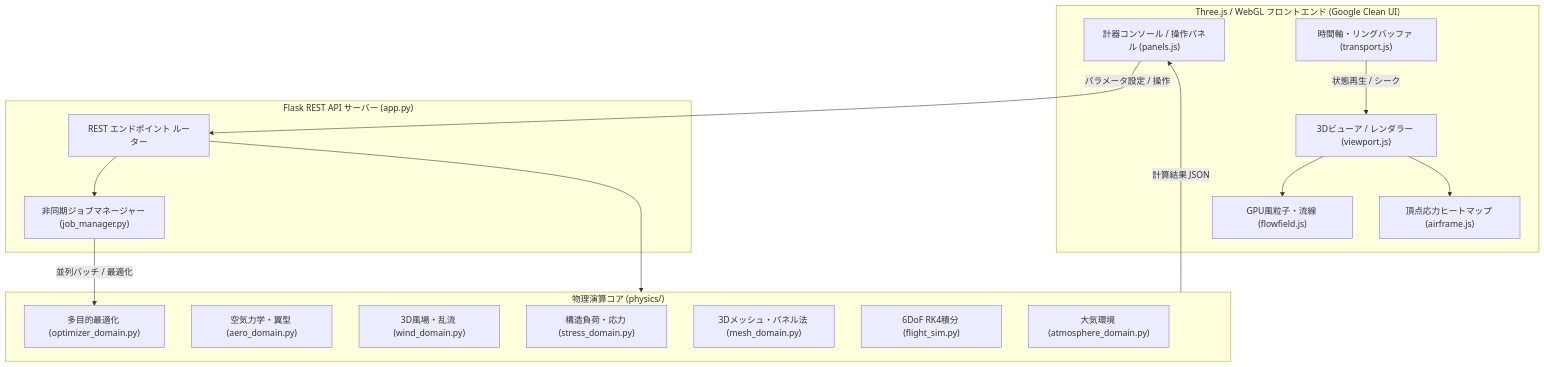
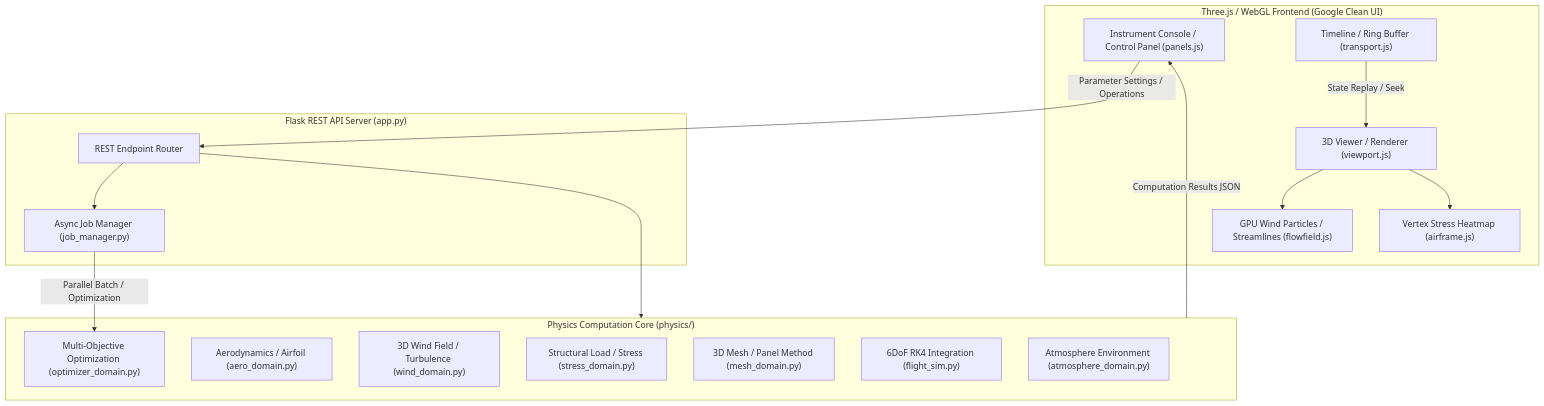
The diagram in docs/architecture.md (minetan1229/air_simulation), drawn with Mermaid before and after one commit. The commit also changed other lines of this file and 30 other files, not shown here.

````diff
--- a/docs/architecture.md
+++ b/docs/architecture.md
@@ -11,34 +11,34 @@
 ```mermaid
 flowchart TD
-    subgraph Frontend["Three.js / WebGL フロントエンド (Google Clean UI)"]
-        UI["計器コンソール / 操作パネル (panels.js)"]
-        Canvas["3Dビューア / レンダラー (viewport.js)"]
-        Streamlines["GPU風粒子・流線 (flowfield.js)"]
-        StressVis["頂点応力ヒートマップ (airframe.js)"]
-        Timeline["時間軸・リングバッファ (transport.js)"]
+    subgraph Frontend["Three.js / WebGL Frontend (Google Clean UI)"]
+        UI["Instrument Console / Control Panel (panels.js)"]
+        Canvas["3D Viewer / Renderer (viewport.js)"]
+        Streamlines["GPU Wind Particles / Streamlines (flowfield.js)"]
+        StressVis["Vertex Stress Heatmap (airframe.js)"]
+        Timeline["Timeline / Ring Buffer (transport.js)"]
     end
 
-    subgraph Backend["Flask REST API サーバー (app.py)"]
-        Router["REST エンドポイント ルーター"]
-        JobMgr["非同期ジョブマネージャー (job_manager.py)"]
+    subgraph Backend["Flask REST API Server (app.py)"]
+        Router["REST Endpoint Router"]
+        JobMgr["Async Job Manager (job_manager.py)"]
     end
 
-    subgraph PhysicsCore["物理演算コア (physics/)"]
-        Atmo["大気環境 (atmosphere_domain.py)"]
-        Aero["空気力学・翼型 (aero_domain.py)"]
-        Wind["3D風場・乱流 (wind_domain.py)"]
-        Stress["構造負荷・応力 (stress_domain.py)"]
-        Mesh["3Dメッシュ・パネル法 (mesh_domain.py)"]
-        FlightSim["6DoF RK4積分 (flight_sim.py)"]
-        Opt["多目的最適化 (optimizer_domain.py)"]
+    subgraph PhysicsCore["Physics Computation Core (physics/)"]
+        Atmo["Atmosphere Environment (atmosphere_domain.py)"]
+        Aero["Aerodynamics / Airfoil (aero_domain.py)"]
+        Wind["3D Wind Field / Turbulence (wind_domain.py)"]
+        Stress["Structural Load / Stress (stress_domain.py)"]
+        Mesh["3D Mesh / Panel Method (mesh_domain.py)"]
+        FlightSim["6DoF RK4 Integration (flight_sim.py)"]
+        Opt["Multi-Objective Optimization (optimizer_domain.py)"]
     end
 
-    UI -->|パラメータ設定 / 操作| Router
+    UI -->|Parameter Settings / Operations| Router
     Router --> PhysicsCore
     Router --> JobMgr
-    JobMgr -->|並列バッチ / 最適化| Opt
-    PhysicsCore -->|計算結果 JSON| UI
+    JobMgr -->|Parallel Batch / Optimization| Opt
+    PhysicsCore -->|Computation Results JSON| UI
     Canvas --> Streamlines
     Canvas --> StressVis
-    Timeline -->|状態再生 / シーク| Canvas
+    Timeline -->|State Replay / Seek| Canvas
 ```
````
